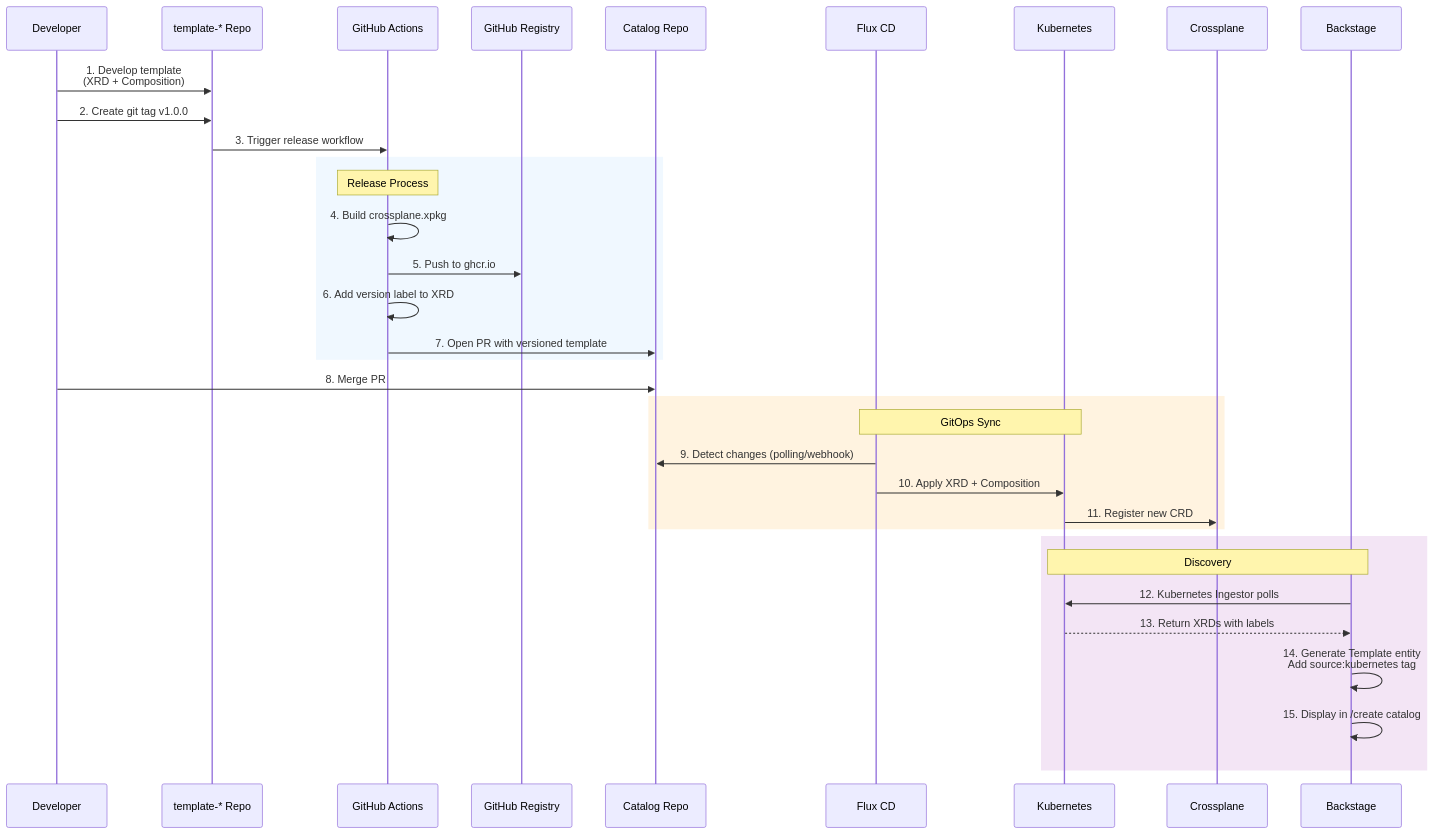
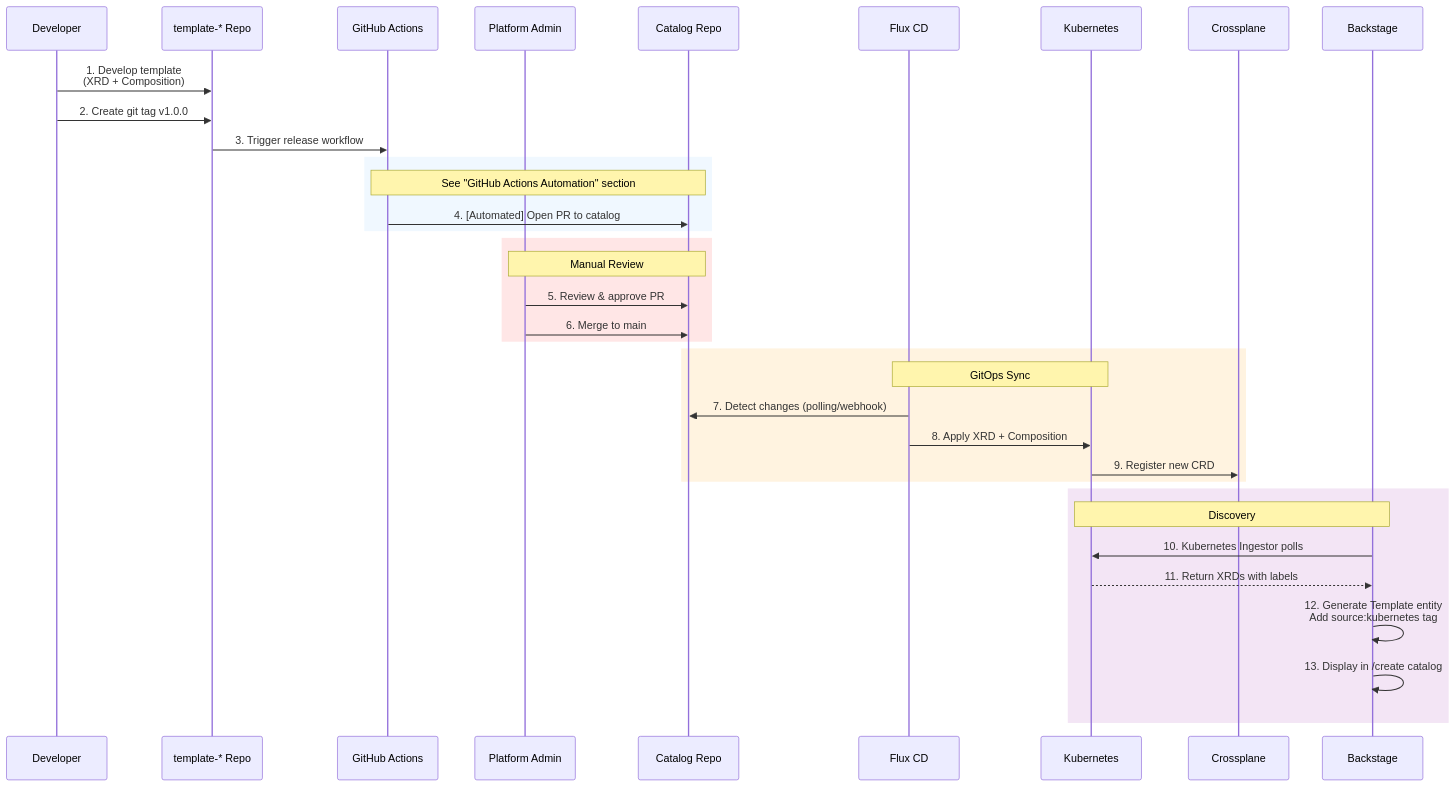
The ninth of 20 diagrams in docs/workflow.md (open-service-portal/portal-workspace), drawn with Mermaid before and after one commit. The commit also changed other lines of this file, not shown here.

First line of the commit message:
docs: enhance workflow documentation with PR review focus

````diff
--- a/docs/workflow.md
+++ b/docs/workflow.md
@@ -175,41 +296,42 @@
 ```mermaid
 sequenceDiagram
     participant Dev as Developer
     participant Repo as template-* Repo
     participant GHA as GitHub Actions
-    participant Reg as GitHub Registry
+    participant Admin as Platform Admin
     participant Cat as Catalog Repo
     participant Flux as Flux CD
     participant K8s as Kubernetes
     participant Cross as Crossplane
     participant Back as Backstage
 
     Dev->>Repo: 1. Develop template<br/>(XRD + Composition)
     Dev->>Repo: 2. Create git tag v1.0.0
     Repo->>GHA: 3. Trigger release workflow
     
     rect rgb(240, 248, 255)
-        Note over GHA: Release Process
-        GHA->>GHA: 4. Build crossplane.xpkg
-        GHA->>Reg: 5. Push to ghcr.io
-        GHA->>GHA: 6. Add version label to XRD
-        GHA->>Cat: 7. Open PR with versioned template
+        Note over GHA,Cat: See "GitHub Actions Automation" section
+        GHA->>Cat: 4. [Automated] Open PR to catalog
     end
     
-    Dev->>Cat: 8. Merge PR
+    rect rgb(255, 230, 230)
+        Note over Admin,Cat: Manual Review
+        Admin->>Cat: 5. Review & approve PR
+        Admin->>Cat: 6. Merge to main
+    end
     
     rect rgb(255, 243, 224)
         Note over Flux,K8s: GitOps Sync
-        Flux->>Cat: 9. Detect changes (polling/webhook)
-        Flux->>K8s: 10. Apply XRD + Composition
-        K8s->>Cross: 11. Register new CRD
+        Flux->>Cat: 7. Detect changes (polling/webhook)
+        Flux->>K8s: 8. Apply XRD + Composition
+        K8s->>Cross: 9. Register new CRD
     end
     
     rect rgb(243, 229, 245)
         Note over K8s,Back: Discovery
-        Back->>K8s: 12. Kubernetes Ingestor polls
-        K8s-->>Back: 13. Return XRDs with labels
-        Back->>Back: 14. Generate Template entity<br/>Add source:kubernetes tag
-        Back->>Back: 15. Display in /create catalog
+        Back->>K8s: 10. Kubernetes Ingestor polls
+        K8s-->>Back: 11. Return XRDs with labels
+        Back->>Back: 12. Generate Template entity<br/>Add source:kubernetes tag
+        Back->>Back: 13. Display in /create catalog
     end
 ```
````
